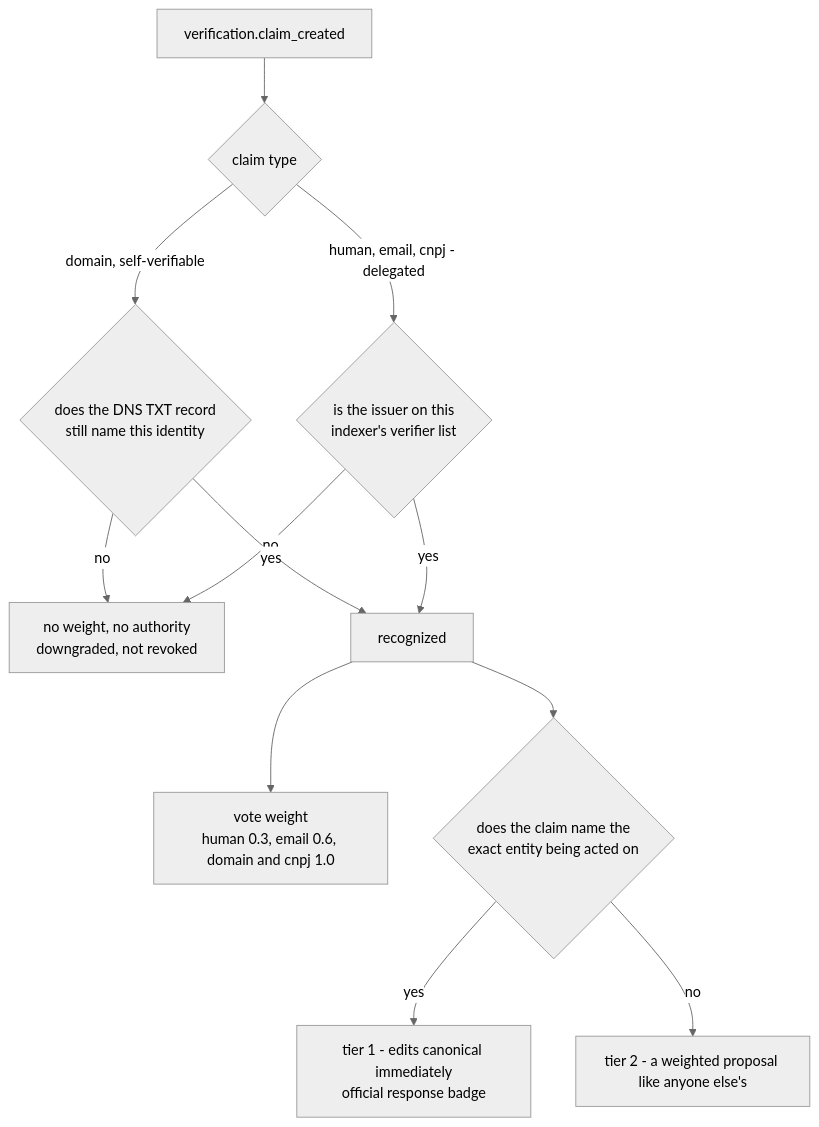
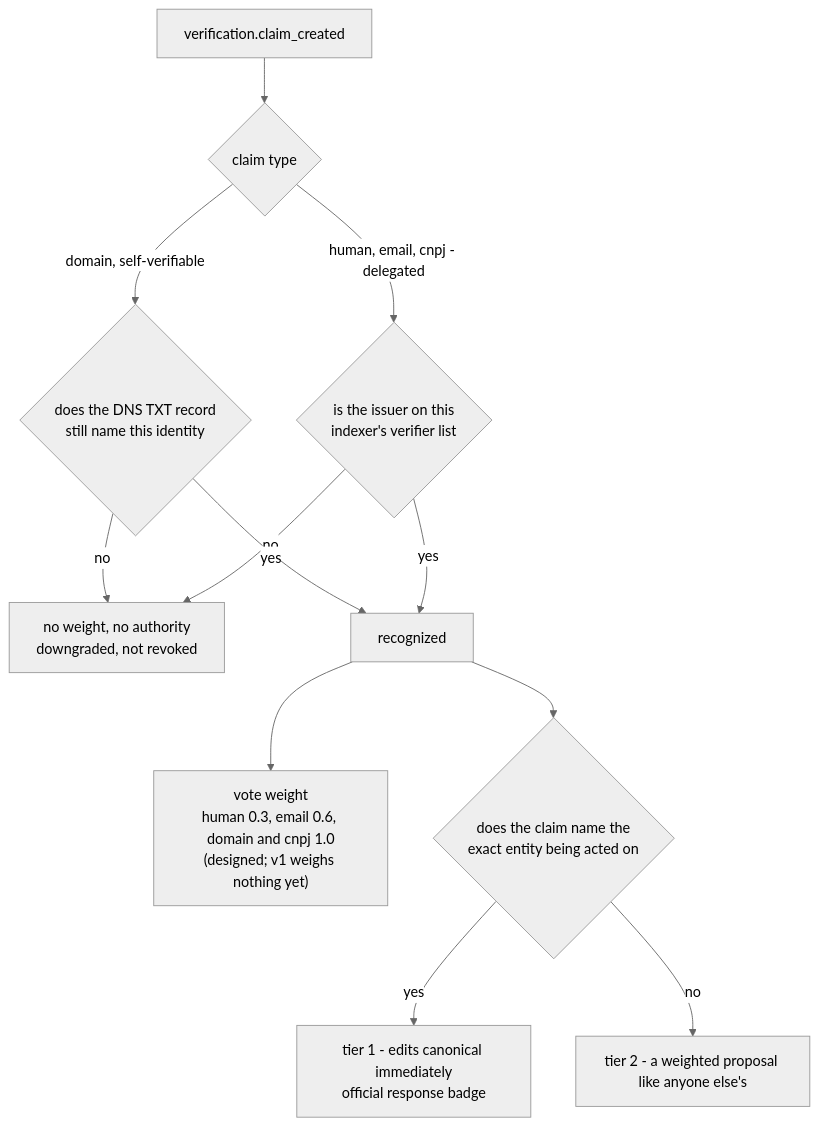
Before and after one commit to davishieh0/EcoaNetwork: the ninth of 18 diagrams in docs/diagrams/diagrams.md, drawn with Mermaid (neutral theme). The commit also changed other lines of this file, not shown here.

Commit message:
Document the diagrams as built

````diff
--- a/docs/diagrams/diagrams.md
+++ b/docs/diagrams/diagrams.md
@@ -239,14 +242,14 @@
 ```mermaid
 flowchart TD
     C["verification.claim_created"] --> T{"claim type"}
     T -->|"domain, self-verifiable"| S{"does the DNS TXT record<br/>still name this identity"}
     T -->|"human, email, cnpj - delegated"| V{"is the issuer on this<br/>indexer's verifier list"}
     S -->|no| W0["no weight, no authority<br/>downgraded, not revoked"]
     V -->|no| W0
     S -->|yes| REC["recognized"]
     V -->|yes| REC
-    REC --> A1["vote weight<br/>human 0.3, email 0.6, domain and cnpj 1.0"]
+    REC --> A1["vote weight<br/>human 0.3, email 0.6, domain and cnpj 1.0<br/>(designed; v1 weighs nothing yet)"]
     REC --> A2{"does the claim name the<br/>exact entity being acted on"}
     A2 -->|yes| A3["tier 1 - edits canonical immediately<br/>official response badge"]
     A2 -->|no| A4["tier 2 - a weighted proposal like anyone else's"]
 ```
````
